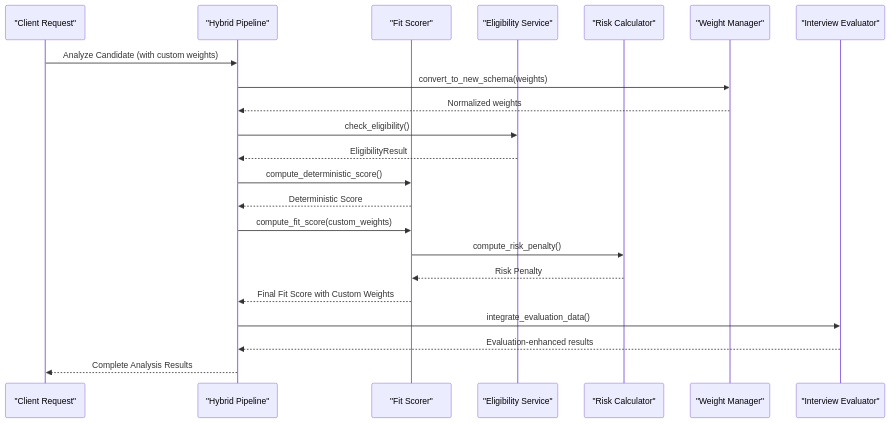
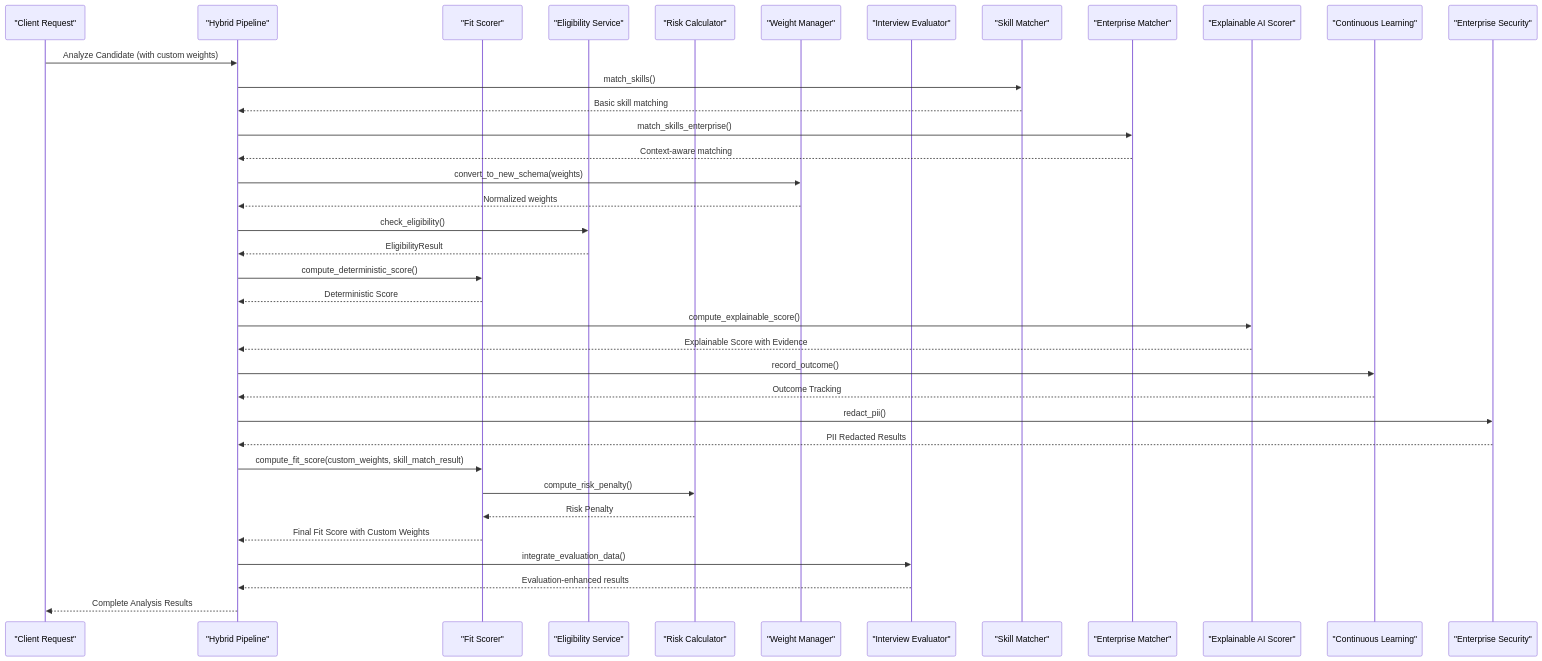
One commit to Revanththetalogics/aireume changed diagram 16 of 16 in .qoder/repowiki/en/content/Analysis Engine/Fit Scoring System.md. Above: the diagram before and after it, drawn with Mermaid. The commit also changed other lines of this file and 14 other files, not shown here.

````diff
--- a/.qoder/repowiki/en/content/Analysis Engine/Fit Scoring System.md
+++ b/.qoder/repowiki/en/content/Analysis Engine/Fit Scoring System.md
@@ -535,24 +879,39 @@
 ```mermaid
 sequenceDiagram
 participant Client as "Client Request"
 participant Pipeline as "Hybrid Pipeline"
 participant Scorer as "Fit Scorer"
 participant Eligibility as "Eligibility Service"
 participant Risk as "Risk Calculator"
 participant WeightManager as "Weight Manager"
 participant InterviewEvaluator as "Interview Evaluator"
+participant SkillMatcher as "Skill Matcher"
+participant EnterpriseMatcher as "Enterprise Matcher"
+participant ExplainableScorer as "Explainable AI Scorer"
+participant ContinuousLearning as "Continuous Learning"
+participant EnterpriseSecurity as "Enterprise Security"
 Client->>Pipeline : Analyze Candidate (with custom weights)
+Pipeline->>SkillMatcher : match_skills()
+SkillMatcher-->>Pipeline : Basic skill matching
+Pipeline->>EnterpriseMatcher : match_skills_enterprise()
+EnterpriseMatcher-->>Pipeline : Context-aware matching
 Pipeline->>WeightManager : convert_to_new_schema(weights)
 WeightManager-->>Pipeline : Normalized weights
 Pipeline->>Eligibility : check_eligibility()
 Eligibility-->>Pipeline : EligibilityResult
 Pipeline->>Scorer : compute_deterministic_score()
 Scorer-->>Pipeline : Deterministic Score
-Pipeline->>Scorer : compute_fit_score(custom_weights)
+Pipeline->>ExplainableScorer : compute_explainable_score()
+ExplainableScorer-->>Pipeline : Explainable Score with Evidence
+Pipeline->>ContinuousLearning : record_outcome()
+ContinuousLearning-->>Pipeline : Outcome Tracking
+Pipeline->>EnterpriseSecurity : redact_pii()
+EnterpriseSecurity-->>Pipeline : PII Redacted Results
+Pipeline->>Scorer : compute_fit_score(custom_weights, skill_match_result)
 Scorer->>Risk : compute_risk_penalty()
 Risk-->>Scorer : Risk Penalty
 Scorer-->>Pipeline : Final Fit Score with Custom Weights
 Pipeline->>InterviewEvaluator : integrate_evaluation_data()
 InterviewEvaluator-->>Pipeline : Evaluation-enhanced results
 Pipeline-->>Client : Complete Analysis Results
 ```
````
